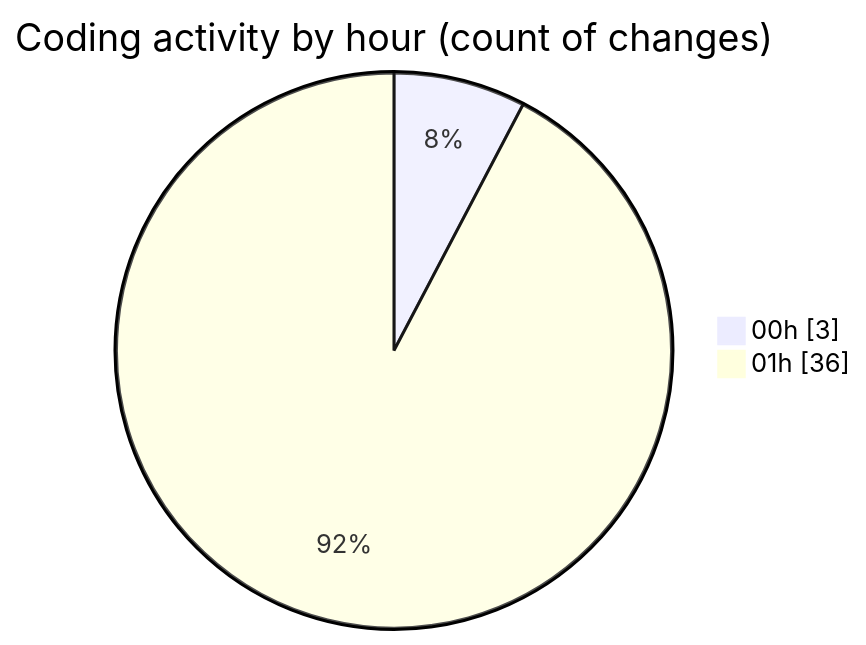
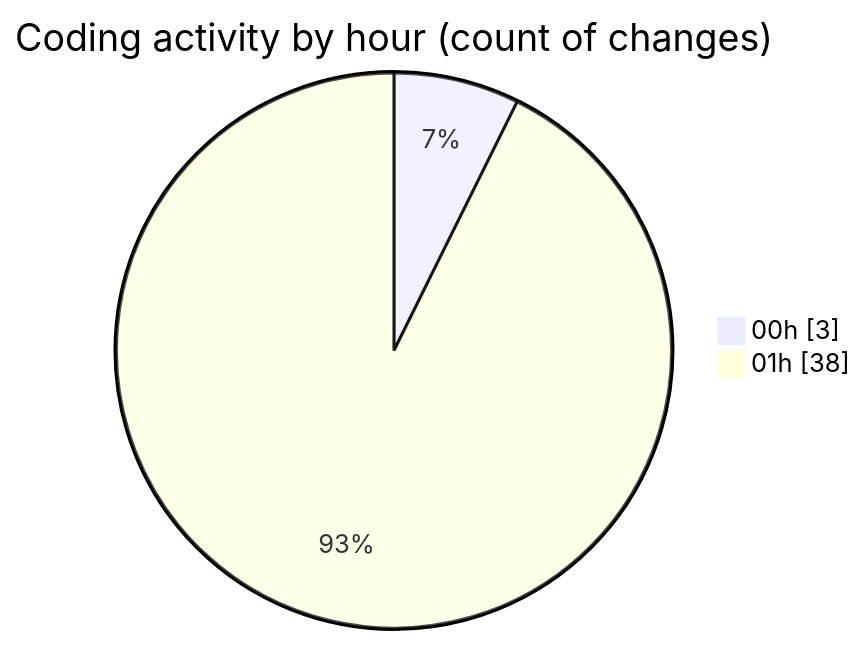
One commit to mevix1/code-tracking changed the second of 2 diagrams in 2025-10-02/oura-api/README.md. Above: the diagram before and after it, drawn with Mermaid. The commit also changed other lines of this file and 1 other file, not shown here.

````diff
--- a/2025-10-02/oura-api/README.md
+++ b/2025-10-02/oura-api/README.md
@@ -64,6 +66,6 @@
 ```mermaid
 pie showData
 title Coding activity by hour (count of changes)
 "00h" : 3
-"01h" : 36
+"01h" : 38
 ```
````
